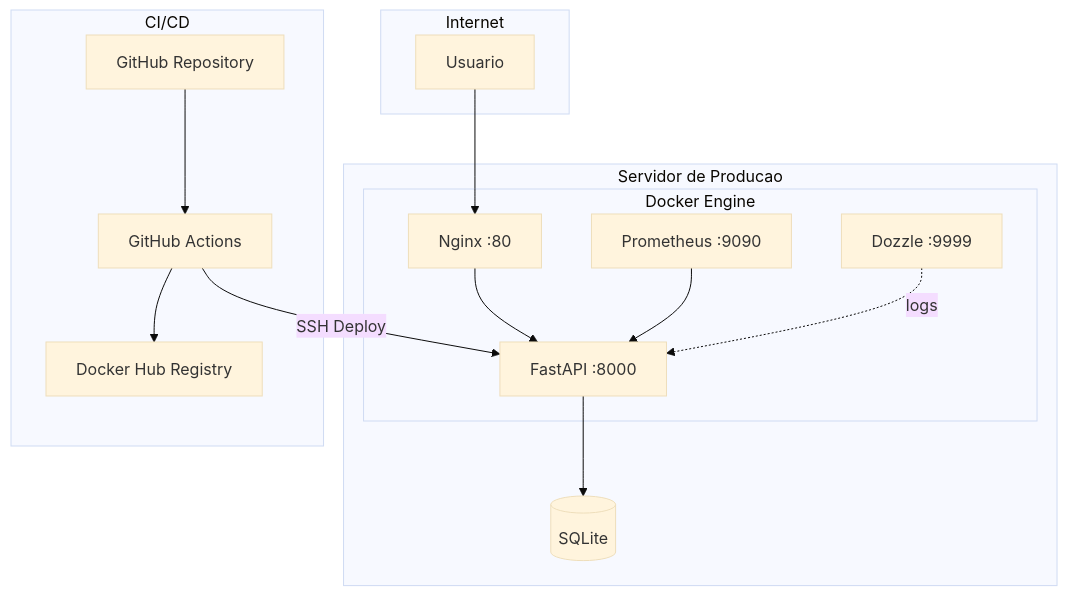
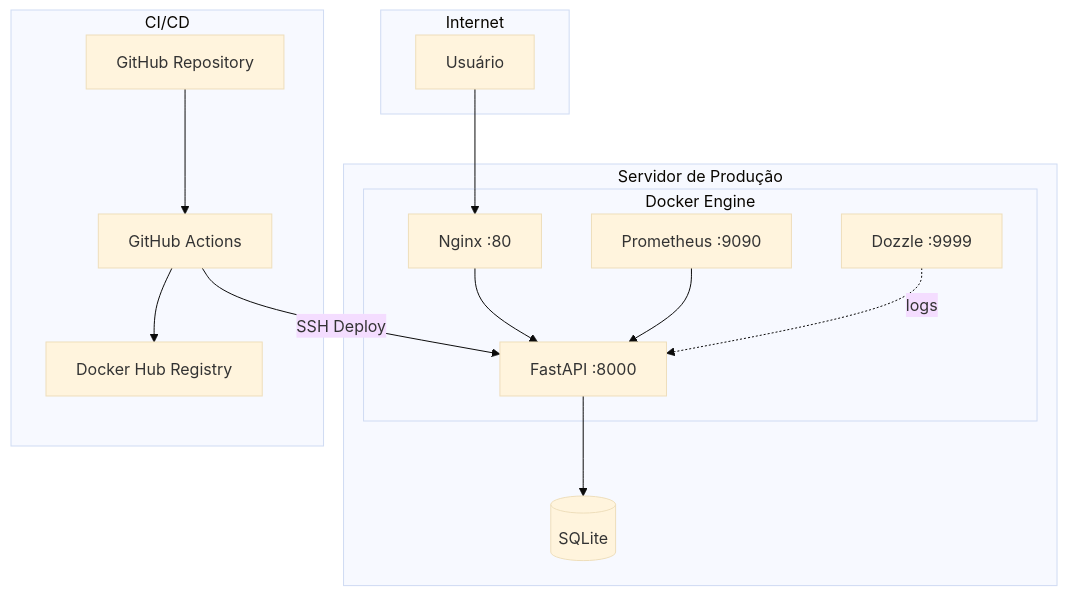
One commit to matheusmoc/pipeline changed the sixth of 6 diagrams in README.md. Above: the diagram before and after it, drawn with Mermaid (base theme). The commit also changed other lines of this file, not shown here.

````diff
--- a/README.md
+++ b/README.md
@@ -146,32 +140,32 @@
 ```mermaid
 flowchart TB
     subgraph Internet
-        USER[Usuario]
+        USER[Usuário]
     end
 
-    subgraph Servidor de Producao
+    subgraph Servidor de Produção
         subgraph Docker Engine
             NG[Nginx :80]
             API[FastAPI :8000]
             PM[Prometheus :9090]
             DZ[Dozzle :9999]
         end
         DB[(SQLite)]
     end
 
     subgraph CI/CD
         GH[GitHub Repository]
         GA[GitHub Actions]
         DHB[Docker Hub Registry]
     end
 
     USER --> NG
     NG --> API
     API --> DB
     PM --> API
     DZ -.->|logs| API
 
     GH --> GA
     GA --> DHB
     GA -->|SSH Deploy| API
 ```
````
